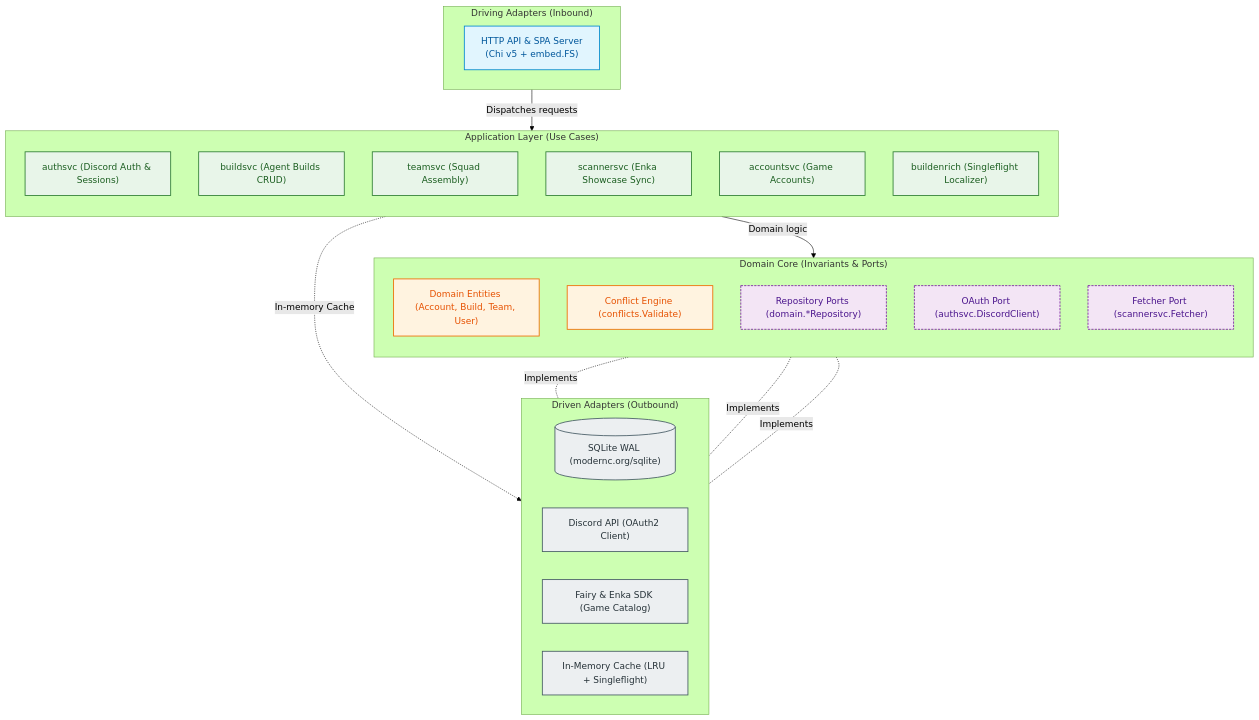
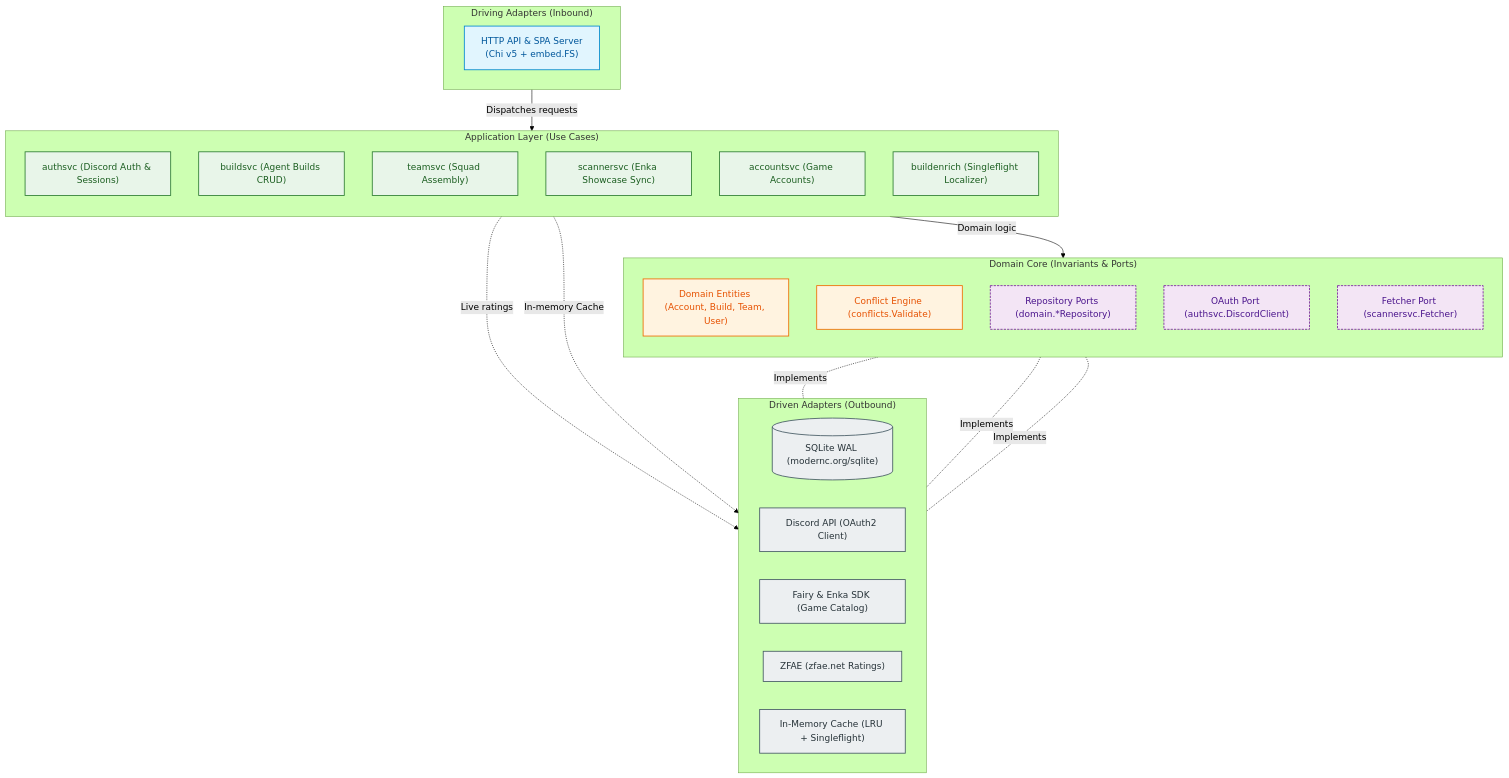
Before and after one commit to kirinyoku/proxyloadouts: the diagram in backend/README.md, drawn with Mermaid (forest theme). The commit also changed other lines of this file and 5 other files, not shown here.

Commit message:
docs(fae): add zfae.net third-party disclosure and architecture docs

````diff
--- a/backend/README.md
+++ b/backend/README.md
@@ -40,52 +40,54 @@
 ```mermaid
 flowchart TD
     %% Classes & Styling
     classDef driving fill:#e1f5fe,stroke:#0288d1,stroke-width:1.5px,color:#01579b;
     classDef app fill:#e8f5e9,stroke:#2e7d32,stroke-width:1.5px,color:#1b5e20;
     classDef domain fill:#fff3e0,stroke:#ef6c00,stroke-width:1.5px,color:#e65100;
     classDef port fill:#f3e5f5,stroke:#7b1fa2,stroke-width:1.5px,stroke-dasharray: 4 2,color:#4a148c;
     classDef driven fill:#eceff1,stroke:#455a64,stroke-width:1.5px,color:#263238;
 
     subgraph Driving["Driving Adapters (Inbound)"]
         HTTP["HTTP API & SPA Server<br/>(Chi v5 + embed.FS)"]:::driving
     end
 
     subgraph Application["Application Layer (Use Cases)"]
         direction TB
         AuthSvc["authsvc (Discord Auth & Sessions)"]:::app
         BuildSvc["buildsvc (Agent Builds CRUD)"]:::app
         TeamSvc["teamsvc (Squad Assembly)"]:::app
         ScannerSvc["scannersvc (Enka Showcase Sync)"]:::app
         AccountSvc["accountsvc (Game Accounts)"]:::app
         BuildEnrich["buildenrich (Singleflight Localizer)"]:::app
     end
 
     subgraph Domain["Domain Core (Invariants & Ports)"]
         direction TB
         Entities["Domain Entities (Account, Build, Team, User)"]:::domain
         ConflictEngine["Conflict Engine (conflicts.Validate)"]:::domain
         RepoPorts["Repository Ports (domain.*Repository)"]:::port
         OAuthPort["OAuth Port (authsvc.DiscordClient)"]:::port
         ScannerPort["Fetcher Port (scannersvc.Fetcher)"]:::port
     end
 
     subgraph Driven["Driven Adapters (Outbound)"]
         direction LR
         SQLite[("SQLite WAL (modernc.org/sqlite)")]:::driven
         Discord["Discord API (OAuth2 Client)"]:::driven
         Fairy["Fairy & Enka SDK (Game Catalog)"]:::driven
+        ZFAE["ZFAE (zfae.net Ratings)"]:::driven
         Cache["In-Memory Cache (LRU + Singleflight)"]:::driven
     end
 
     %% Inbound Flow
     Driving -->|"Dispatches requests"| Application
 
     %% Core Dependencies & Flow
     Application -->|"Domain logic"| Domain
 
     %% Dependency Inversion: Adapters implement Ports
     RepoPorts <-.-|"Implements"| SQLite
     OAuthPort <-.-|"Implements"| Discord
     ScannerPort <-.-|"Implements"| Fairy
+    Application -.->|"Live ratings"| ZFAE
     Application -.->|"In-memory Cache"| Cache
 ```
````
